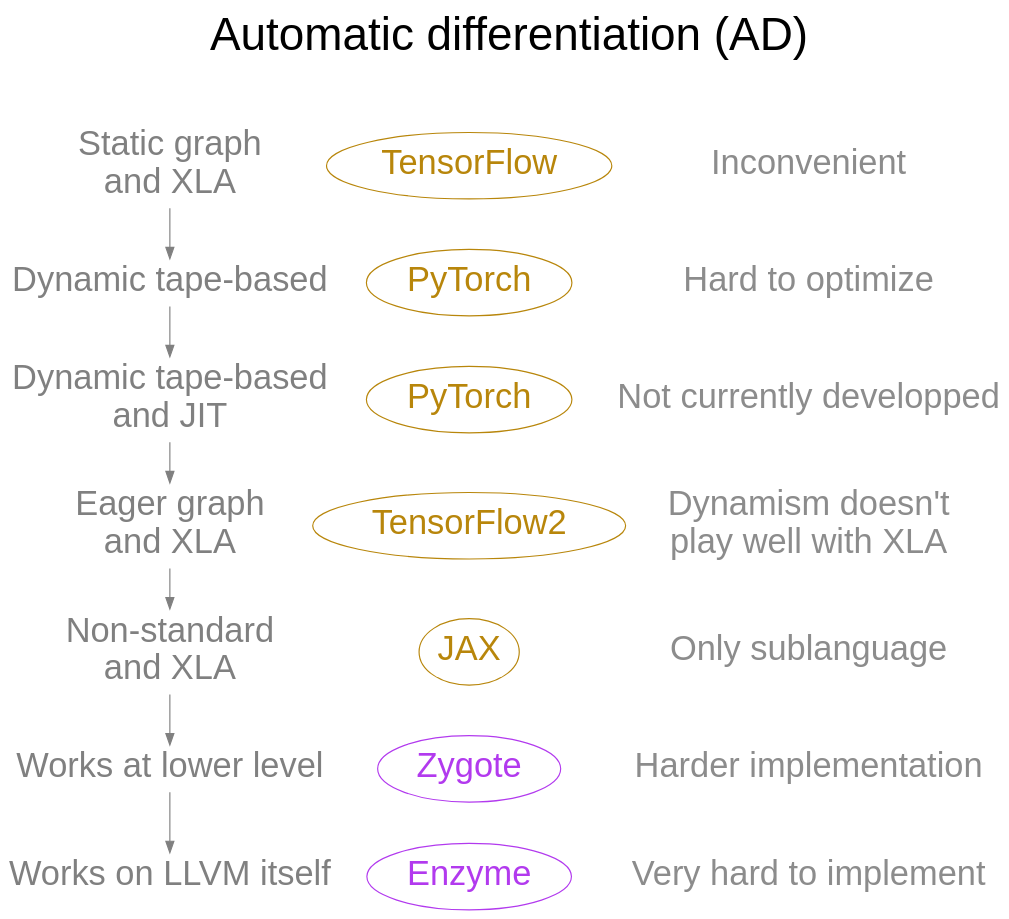
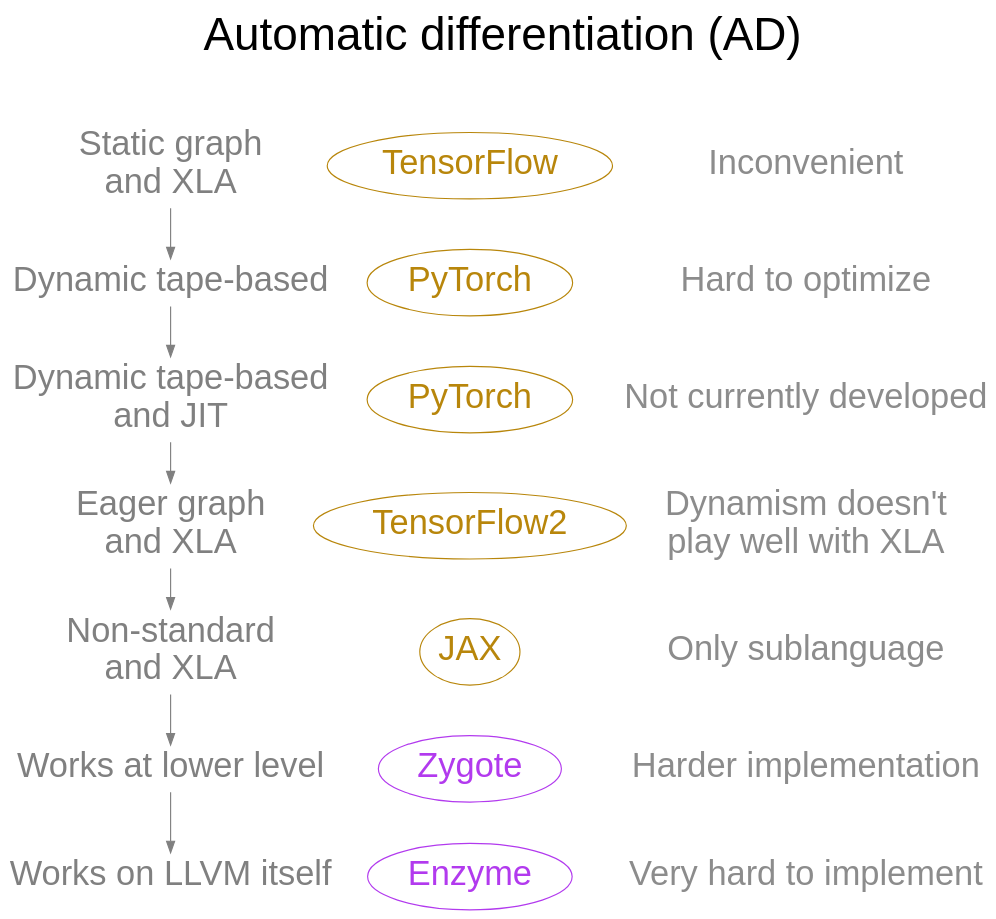
Before and after one commit to WestDRI/arc-training: diagram 24 of 24 in ai/wb_frameworks_content.qmd, drawn with Graphviz. The commit also changed other lines of this file and 78 other files, not shown here.

````diff
--- a/ai/wb_frameworks_content.qmd
+++ b/ai/wb_frameworks_content.qmd
@@ -1307,59 +1307,59 @@
 ```{dot}
 //| echo: false
 
 strict digraph {
 
 bgcolor="transparent"
 graph [fontname="Inconsolata, sans-serif"]
 node [fontname="Inconsolata, sans-serif", fontsize=30, fontcolor=grey]
 edge [color=grey]
 label="Automatic differentiation (AD)\n\n"
 fontsize=40
 labelloc=t
 
 1 [label="Static graph\nand XLA", shape=plaintext, group=g1]
 2 [label="Dynamic tape-based", shape=plaintext, group=g1]
 3 [label="Dynamic tape-based\nand JIT", shape=plaintext, group=g1]
 4 [label="Eager graph\nand XLA", shape=plaintext, group=g1]
 5 [label="Non-standard\nand XLA", shape=plaintext, group=g1]
 6 [label="Works at lower level", shape=plaintext, group=g1]
 7 [label="Works on LLVM itself", shape=plaintext, group=g1]
 
 a [label="TensorFlow", shape=plaintext, fontcolor=darkgoldenrod, color=darkgoldenrod, group=g2, shape=oval]
 b [label="PyTorch", shape=plaintext, fontcolor=darkgoldenrod, color=darkgoldenrod, group=g2, shape=oval]
 c [label="PyTorch", shape=plaintext, fontcolor=darkgoldenrod, color=darkgoldenrod, group=g2, shape=oval]
 d [label="TensorFlow2", shape=plaintext, fontcolor=darkgoldenrod, color=darkgoldenrod, group=g2, shape=oval]
 e [label="JAX", shape=plaintext, fontcolor=darkgoldenrod, color=darkgoldenrod, group=g2, shape=oval]
 f [label="Zygote", shape=plaintext, fontcolor=darkorchid2, color=darkorchid2, group=g2, shape=oval]
 g [label="Enzyme", shape=plaintext, fontcolor=darkorchid2, color=darkorchid2, group=g2, shape=oval]
 
 A [label="Inconvenient", shape=plaintext, fontcolor=gray55, group=g3]
 B [label="Hard to optimize", shape=plaintext, fontcolor=gray55, group=g3]
-C [label="Not currently developped", shape=plaintext, fontcolor=gray55, group=g3]
+C [label="Not currently developed", shape=plaintext, fontcolor=gray55, group=g3]
 D [label="Dynamism doesn't\nplay well with XLA", shape=plaintext, fontcolor=gray55, group=g3]
 E [label="Only sublanguage", shape=plaintext, fontcolor=gray55, group=g3]
 F [label="Harder implementation", shape=plaintext, fontcolor=gray55, group=g3]
 G [label="Very hard to implement", shape=plaintext, fontcolor=gray55, group=g3]
 
 {rank=same; 1 a A}
 {rank=same; 2 b B}
 {rank=same; 3 c C}
 {rank=same; 4 d D}
 {rank=same; 5 e E}
 {rank=same; 6 f F}
 {rank=same; 7 g G}
 
 1 -> a -> A [style=invis]
 2 -> b -> B [style=invis]
 3 -> c -> C [style=invis]
 4 -> d -> D [style=invis]
 5 -> e -> E [style=invis]
 6 -> f -> F [style=invis]
 7 -> g -> G [style=invis]
 
 1 -> 2 -> 3 -> 4 -> 5 -> 6 -> 7
 a -> b -> c -> d -> e -> f -> g [style=invis]
 A -> B -> C -> D -> E -> F -> G [style=invis]
 
 }
 ```
````
